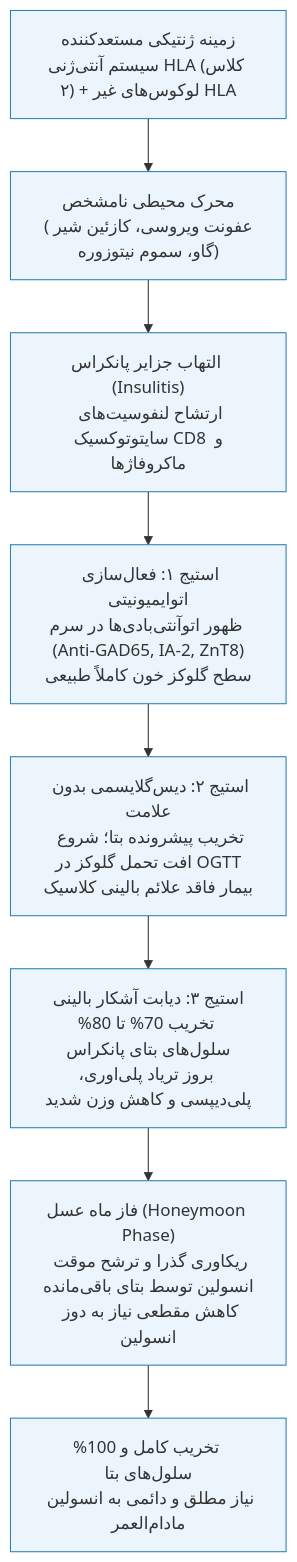
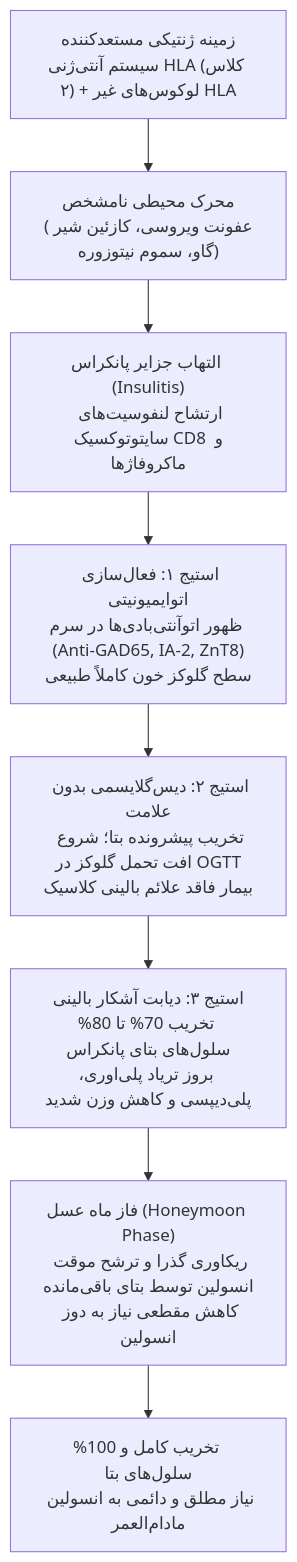
One commit to neopulse-hub/TUMS-1396-1-material-notes changed the ninth of 15 diagrams in 7/مبانی غدد/دیابت.md. Above: the diagram before and after it, drawn with Mermaid. The commit also changed other lines of this file, not shown here.

````diff
--- a/7/مبانی غدد/دیابت.md
+++ b/7/مبانی غدد/دیابت.md
@@ -391,13 +377,11 @@
 ```mermaid
 flowchart TD
     G["زمینه ژنتیکی مستعدکننده<br>سیستم آنتی‌ژنی HLA (کلاس ۲) + لوکوس‌های غیر HLA"] --> T["محرک محیطی نامشخص<br>(عفونت ویروسی، کازئین شیر گاو، سموم نیتوزوره)"]
     T --> I["التهاب جزایر پانکراس (Insulitis)<br>ارتشاح لنفوسیت‌های سایتوتوکسیک CD8 و ماکروفاژها"]
     I --> Serol["استیج ۱: فعال‌سازی اتوایمیونیتی<br>ظهور اتوآنتی‌بادی‌ها در سرم (Anti-GAD65, IA-2, ZnT8)<br>سطح گلوکز خون کاملاً طبیعی"]
     Serol --> Dysgly["استیج ۲: دیس‌گلایسمی بدون علامت<br>تخریب پیشرونده بتا؛ شروع افت تحمل گلوکز در OGTT<br>بیمار فاقد علائم بالینی کلاسیک"]
     Dysgly --> Overt["استیج ۳: دیابت آشکار بالینی<br>تخریب 70% تا 80% سلول‌های بتای پانکراس<br>بروز تریاد پلی‌اوری، پلی‌دیپسی و کاهش وزن شدید"]
     Overt --> Honey["فاز ماه عسل (Honeymoon Phase)<br>ریکاوری گذرا و ترشح موقت انسولین توسط بتای باقی‌مانده<br>کاهش مقطعی نیاز به دوز انسولین"]
     Honey --> FullLoss["تخریب کامل و 100% سلول‌های بتا<br>نیاز مطلق و دائمی به انسولین مادام‌العمر"]
 
-    classDef t1d fill:#ebf5fb,stroke:#2980b9,stroke-width:1px;
-    class G,T,I,Serol,Dysgly,Overt,Honey,FullLoss t1d;
 ```
````
